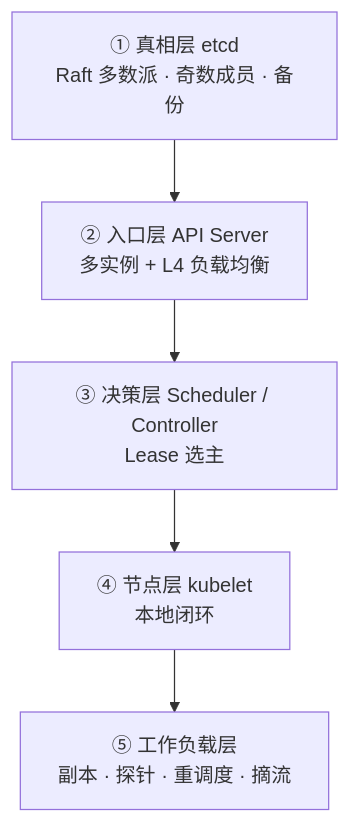
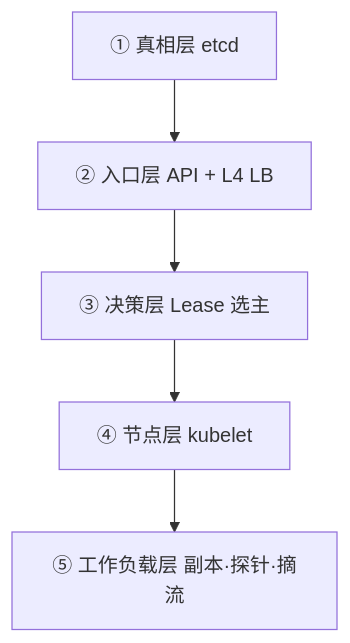
One commit to xiaxinyu/knowledge_base changed the third of 3 diagrams in kubernetes-design-philosophy.md. Above: the diagram before and after it, drawn with Mermaid. The commit also changed other lines of this file, not shown here.

Commit message:
Revise Kubernetes design philosophy document to reflect updated framework: "取势 · 明道 · 优术". Enhance clarity on key concepts and restructure sections for improved flow, emphasizing the principles of declarative convergence and layered high availability.

````diff
--- a/kubernetes-design-philosophy.md
+++ b/kubernetes-design-philosophy.md
@@ -354,10 +326,9 @@
 ```mermaid
 flowchart TB
-  L1["① 真相层 etcd<br/>Raft 多数派 · 奇数成员 · 备份"]
-  L2["② 入口层 API Server<br/>多实例 + L4 负载均衡"]
-  L3["③ 决策层 Scheduler / Controller<br/>Lease 选主"]
-  L4["④ 节点层 kubelet<br/>本地闭环"]
-  L5["⑤ 工作负载层<br/>副本 · 探针 · 重调度 · 摘流"]
-
+  L1["① 真相层 etcd"]
+  L2["② 入口层 API + L4 LB"]
+  L3["③ 决策层 Lease 选主"]
+  L4["④ 节点层 kubelet"]
+  L5["⑤ 工作负载层 副本·探针·摘流"]
   L1 --> L2 --> L3 --> L4 --> L5
 ```
````
